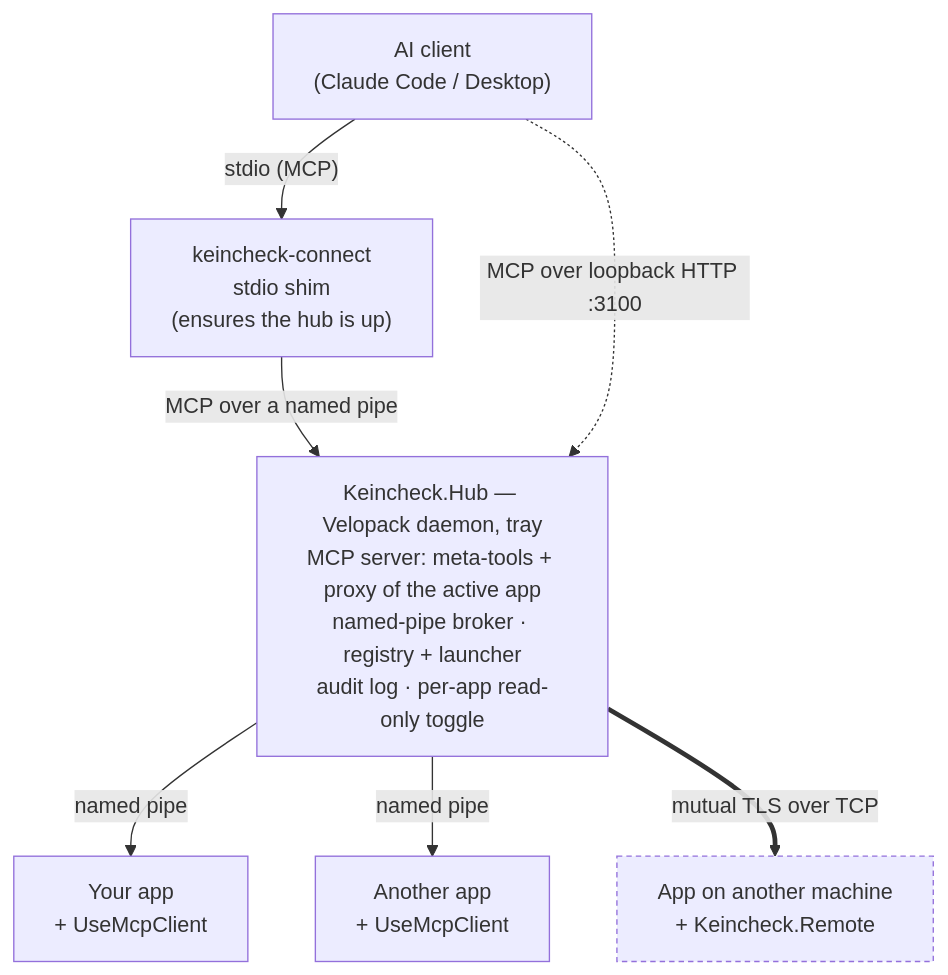
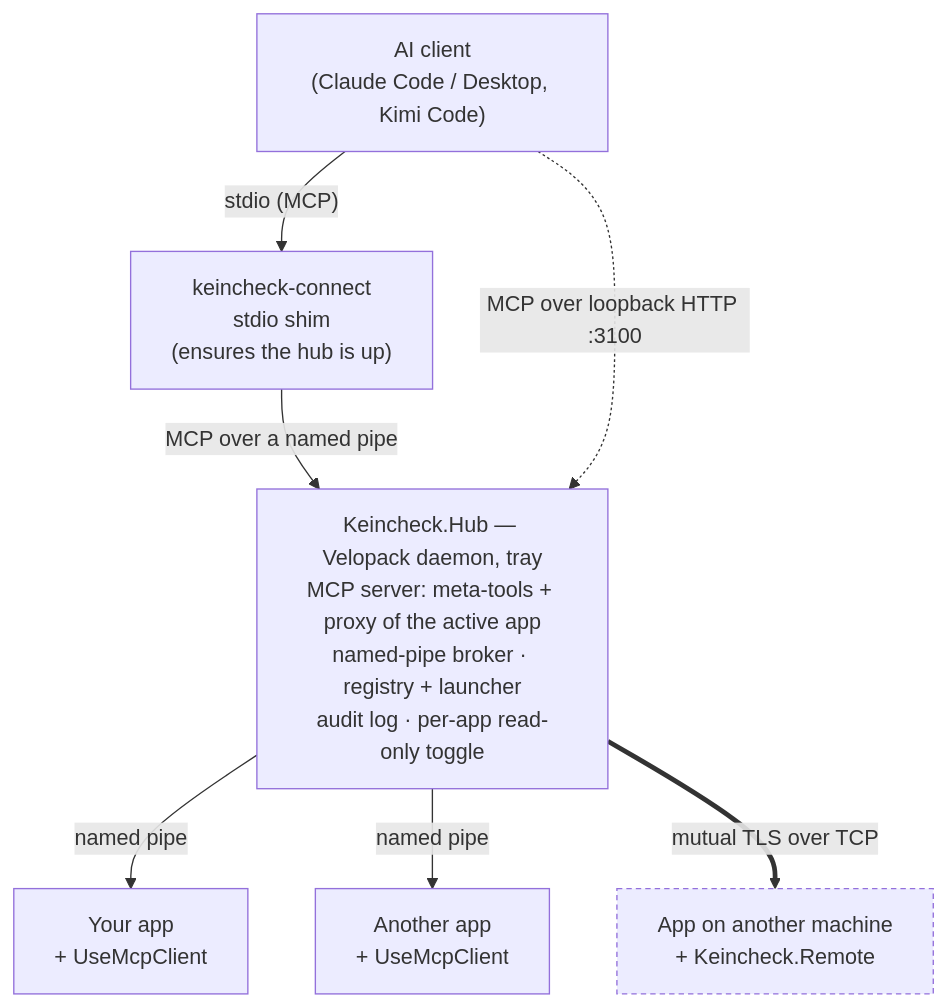
One commit to DVSProductions/Keincheck changed the diagram in README.md. Above: the diagram before and after it, drawn with Mermaid. The commit also changed other lines of this file and 3 other files, not shown here.

````diff
--- a/README.md
+++ b/README.md
@@ -76,20 +76,20 @@
 ```mermaid
 flowchart TB
-    ai["AI client<br/>(Claude Code / Desktop)"]
+    ai["AI client<br/>(Claude Code / Desktop, Kimi Code)"]
     shim["keincheck-connect<br/>stdio shim<br/>(ensures the hub is up)"]
     hub["Keincheck.Hub — Velopack daemon, tray<br/>MCP server: meta-tools + proxy of the active app<br/>named-pipe broker · registry + launcher<br/>audit log · per-app read-only toggle"]
     app1["Your app<br/>+ UseMcpClient"]
     app2["Another app<br/>+ UseMcpClient"]
     far["App on another machine<br/>+ Keincheck.Remote"]
 
     ai -- "stdio (MCP)" --> shim
     shim -- "MCP over a named pipe" --> hub
     ai -. "MCP over loopback HTTP :3100" .-> hub
 
     hub -- "named pipe" --> app1
     hub -- "named pipe" --> app2
     hub == "mutual TLS over TCP" ==> far
 
     classDef remote stroke-dasharray: 4 3
     class far remote
 ```
````
